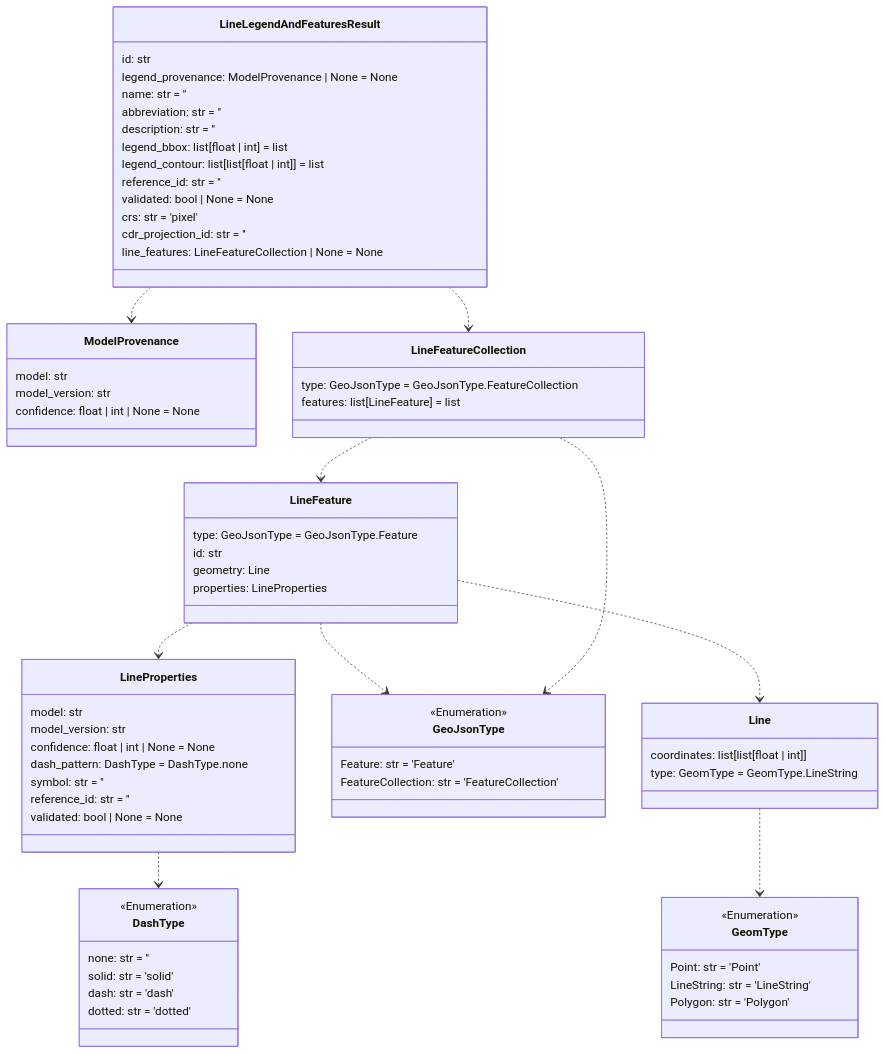
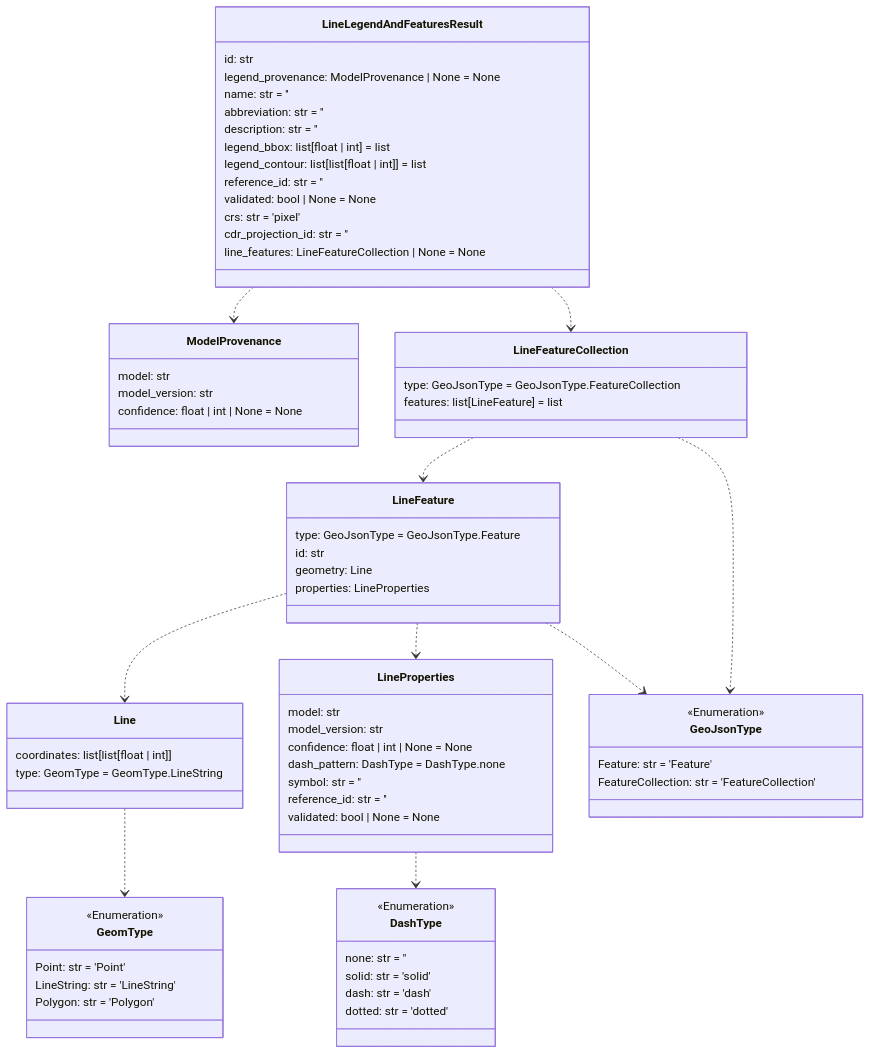
Before and after one commit to DARPA-CRITICALMAAS/cdr_schemas: the sixth of 14 diagrams in README.md, drawn with Mermaid. The commit also changed other lines of this file and 1 other file, not shown here.

````diff
--- a/README.md
+++ b/README.md
@@ -452,84 +452,84 @@
 ```mermaid
 classDiagram
+
+    class GeomType {
+        <<Enumeration>>
+        Point: str = 'Point'
+        LineString: str = 'LineString'
+        Polygon: str = 'Polygon'
+    }
+
+    class DashType {
+        <<Enumeration>>
+        none: str = ''
+        solid: str = 'solid'
+        dash: str = 'dash'
+        dotted: str = 'dotted'
+    }
+
+    class GeoJsonType {
+        <<Enumeration>>
+        Feature: str = 'Feature'
+        FeatureCollection: str = 'FeatureCollection'
+    }
 
     class LineLegendAndFeaturesResult {
         id: str
         legend_provenance: ModelProvenance | None = None
         name: str = ''
         abbreviation: str = ''
         description: str = ''
         legend_bbox: list[float | int] = list
         legend_contour: list[list[float | int]] = list
         reference_id: str = ''
         validated: bool | None = None
         crs: str = 'pixel'
         cdr_projection_id: str = ''
         line_features: LineFeatureCollection | None = None
     }
 
-    class DashType {
-        <<Enumeration>>
-        none: str = ''
-        solid: str = 'solid'
-        dash: str = 'dash'
-        dotted: str = 'dotted'
-    }
-
-    class LineFeature {
-        type: GeoJsonType = GeoJsonType.Feature
-        id: str
-        geometry: Line
-        properties: LineProperties
-    }
-
-    class GeomType {
-        <<Enumeration>>
-        Point: str = 'Point'
-        LineString: str = 'LineString'
-        Polygon: str = 'Polygon'
-    }
-
     class ModelProvenance {
         model: str
         model_version: str
         confidence: float | int | None = None
-    }
-
-    class Line {
-        coordinates: list[list[float | int]]
-        type: GeomType = GeomType.LineString
-    }
-
-    class GeoJsonType {
-        <<Enumeration>>
-        Feature: str = 'Feature'
-        FeatureCollection: str = 'FeatureCollection'
     }
 
     class LineFeatureCollection {
         type: GeoJsonType = GeoJsonType.FeatureCollection
         features: list[LineFeature] = list
     }
 
     class LineProperties {
         model: str
         model_version: str
         confidence: float | int | None = None
         dash_pattern: DashType = DashType.none
         symbol: str = ''
         reference_id: str = ''
         validated: bool | None = None
     }
 
+    class LineFeature {
+        type: GeoJsonType = GeoJsonType.Feature
+        id: str
+        geometry: Line
+        properties: LineProperties
+    }
+
+    class Line {
+        coordinates: list[list[float | int]]
+        type: GeomType = GeomType.LineString
+    }
+
     Line ..> GeomType
     LineProperties ..> DashType
+    LineFeature ..> Line
     LineFeature ..> LineProperties
     LineFeature ..> GeoJsonType
-    LineFeature ..> Line
     LineFeatureCollection ..> LineFeature
     LineFeatureCollection ..> GeoJsonType
+    LineLegendAndFeaturesResult ..> ModelProvenance
     LineLegendAndFeaturesResult ..> LineFeatureCollection
-    LineLegendAndFeaturesResult ..> ModelProvenance
 
 
 ```
````
